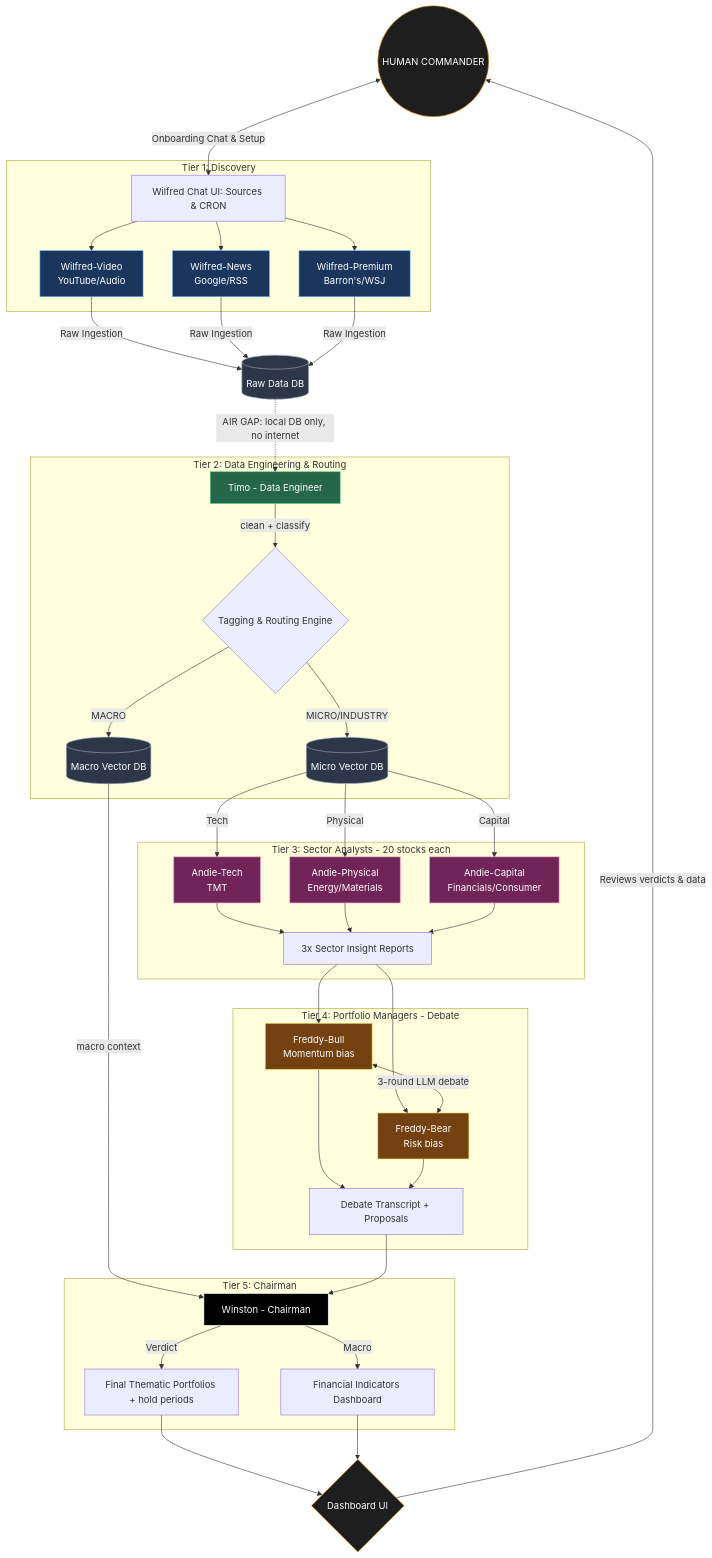
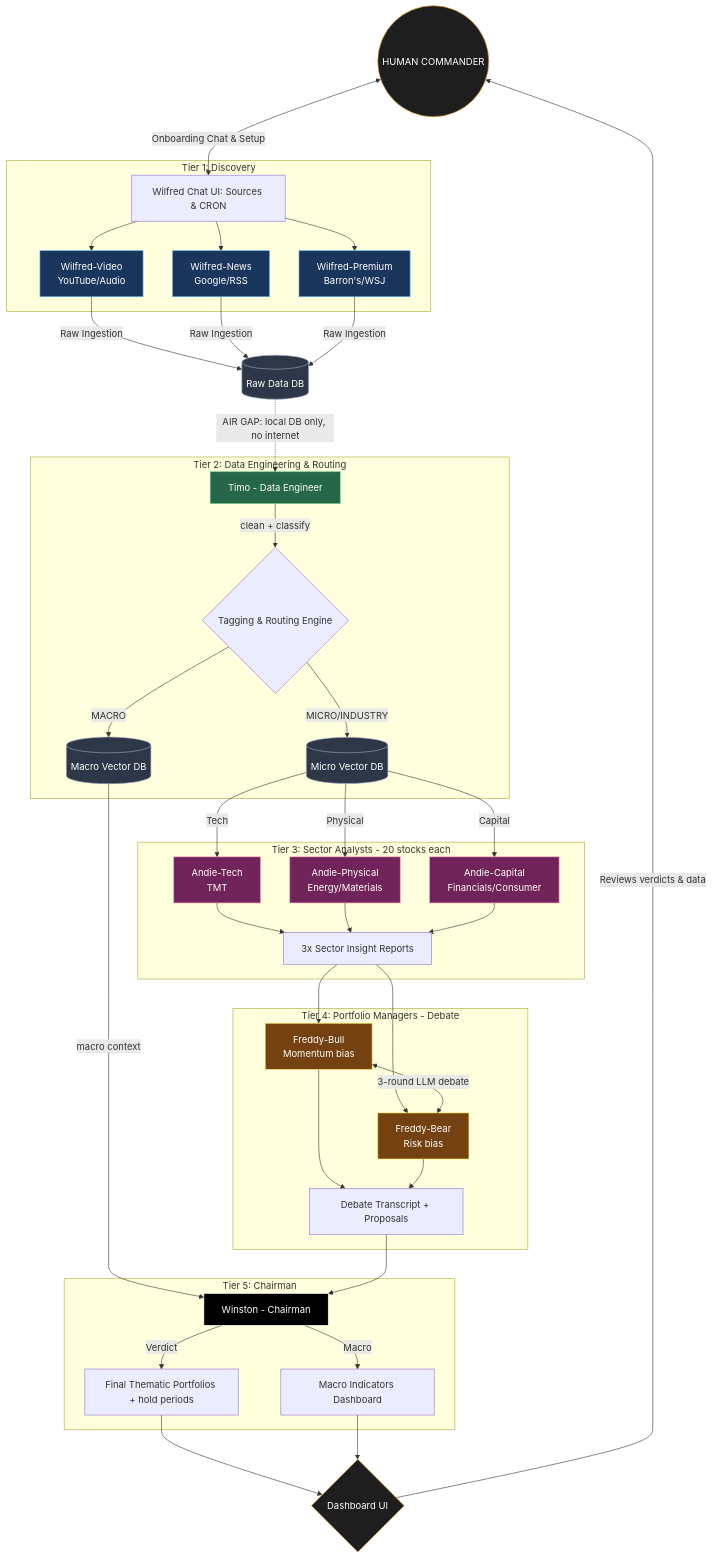
The diagram in docs/PROJECT_GUIDANCE.md (thebeen11/superai-hackathon), drawn with Mermaid before and after one commit. The commit also changed other lines of this file and 39 other files, not shown here.

````diff
--- a/docs/PROJECT_GUIDANCE.md
+++ b/docs/PROJECT_GUIDANCE.md
@@ -80,54 +80,54 @@
 ```mermaid
 graph TD
     classDef user fill:#1e1e1e,stroke:#f5a623,color:#fff;
     classDef discovery fill:#1a365d,stroke:#63b3ed,color:#fff;
     classDef pipeline fill:#276749,stroke:#68d391,color:#fff;
     classDef analyst fill:#702459,stroke:#f687b3,color:#fff;
     classDef debate fill:#744210,stroke:#f6e05e,color:#fff;
     classDef chairman fill:#000000,stroke:#ffffff,color:#fff;
     classDef db fill:#2d3748,stroke:#a0aec0,color:#fff;
 
     User((HUMAN COMMANDER)):::user
     User <-->|Onboarding Chat & Setup| WilfredChat[Wilfred Chat UI: Sources & CRON]
 
     subgraph T1[Tier 1: Discovery]
         WilfredChat --> W1[Wilfred-Video<br>YouTube/Audio]:::discovery
         WilfredChat --> W2[Wilfred-News<br>Google/RSS]:::discovery
         WilfredChat --> W3[Wilfred-Premium<br>Barron's/WSJ]:::discovery
     end
 
     W1 & W2 & W3 -->|Raw Ingestion| RawDB[(Raw Data DB)]:::db
     RawDB -.->|AIR GAP: local DB only, no internet| T1B[Timo]
 
     subgraph T2[Tier 2: Data Engineering & Routing]
         T1B[Timo - Data Engineer]:::pipeline
         T1B -->|clean + classify| Tagging{Tagging & Routing Engine}
         Tagging -->|MACRO| MacroDB[(Macro Vector DB)]:::db
         Tagging -->|MICRO/INDUSTRY| MicroDB[(Micro Vector DB)]:::db
     end
 
     subgraph T3[Tier 3: Sector Analysts - 20 stocks each]
         MicroDB -->|Tech| A1[Andie-Tech<br>TMT]:::analyst
         MicroDB -->|Physical| A2[Andie-Physical<br>Energy/Materials]:::analyst
         MicroDB -->|Capital| A3[Andie-Capital<br>Financials/Consumer]:::analyst
         A1 & A2 & A3 --> SectorReports[3x Sector Insight Reports]
     end
 
     subgraph T4[Tier 4: Portfolio Managers - Debate]
         SectorReports --> F1[Freddy-Bull<br>Momentum bias]:::debate
         SectorReports --> F2[Freddy-Bear<br>Risk bias]:::debate
         F1 <-->|3-round LLM debate| F2
         F1 & F2 --> DebateTranscript[Debate Transcript + Proposals]
     end
 
     subgraph T5[Tier 5: Chairman]
         MacroDB -->|macro context| C1[Winston - Chairman]:::chairman
         DebateTranscript --> C1
         C1 -->|Verdict| Portfolios[Final Thematic Portfolios + hold periods]
-        C1 -->|Macro| Dash[Financial Indicators Dashboard]
+        C1 -->|Macro| Dash[Macro Indicators Dashboard]
     end
 
     Portfolios --> UI{Dashboard UI}:::user
     Dash --> UI
     UI -->|Reviews verdicts & data| User
 ```
````
